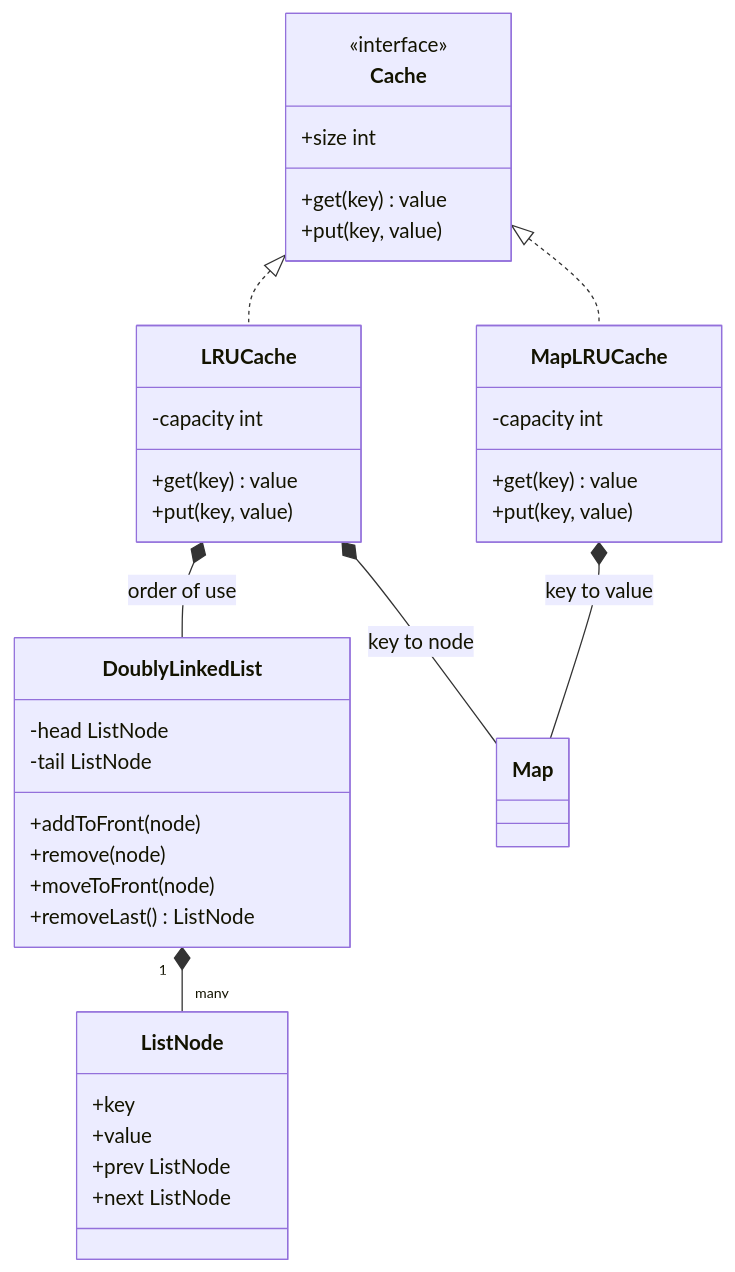
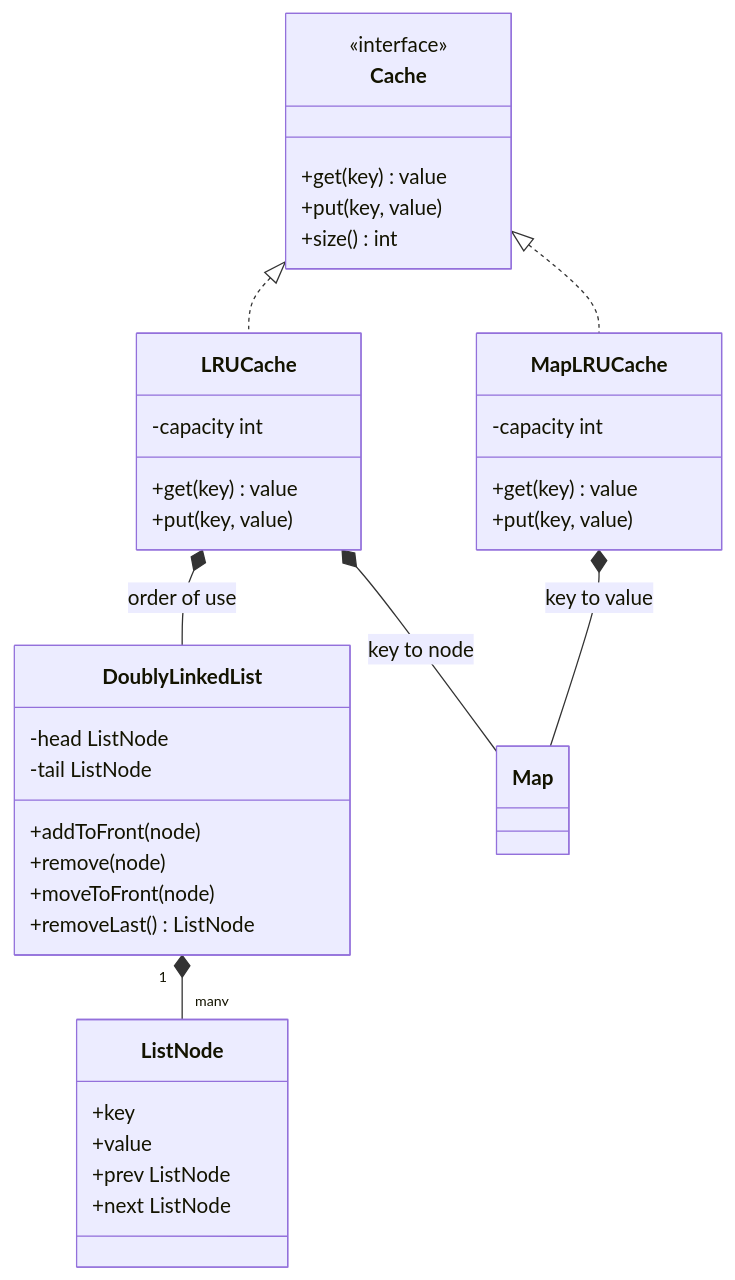
Before and after one commit to iamrs77/interview-ready: the first of 3 diagrams in content/low-level-design/problems/lru-cache.mdx, drawn with Mermaid. The commit also changed other lines of this file and 96 other files, not shown here.

````diff
--- a/content/low-level-design/problems/lru-cache.mdx
+++ b/content/low-level-design/problems/lru-cache.mdx
@@ -60,41 +60,41 @@
 ```mermaid
 classDiagram
   direction TB
   class Cache:::iface {
     <<interface>>
     +get(key) value
     +put(key, value)
-    +size int
+    +size() int
   }
   class LRUCache:::concrete {
     -capacity int
     +get(key) value
     +put(key, value)
   }
   class MapLRUCache:::concrete {
     -capacity int
     +get(key) value
     +put(key, value)
   }
   class DoublyLinkedList:::concrete {
     -head ListNode
     -tail ListNode
     +addToFront(node)
     +remove(node)
     +moveToFront(node)
     +removeLast() ListNode
   }
   class ListNode:::concrete {
     +key
     +value
     +prev ListNode
     +next ListNode
   }
   class Map:::external
   Cache <|.. LRUCache
   Cache <|.. MapLRUCache
   LRUCache *-- DoublyLinkedList : order of use
   LRUCache *-- Map : key to node
   MapLRUCache *-- Map : key to value
   DoublyLinkedList "1" *-- "many" ListNode
 ```
````
